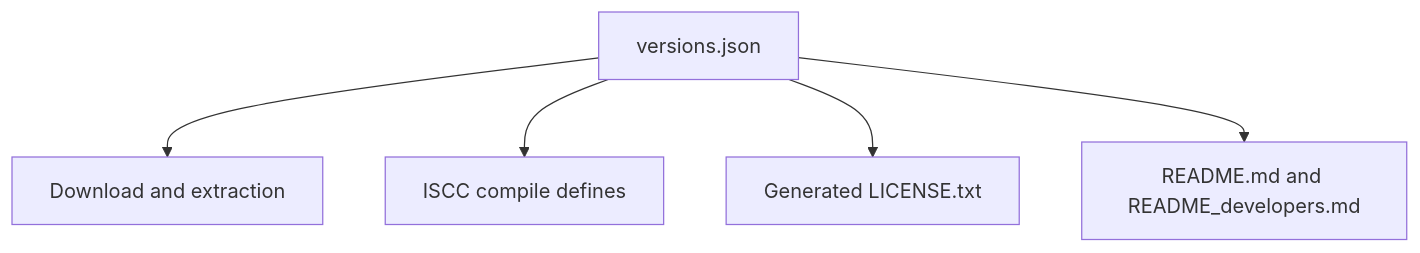
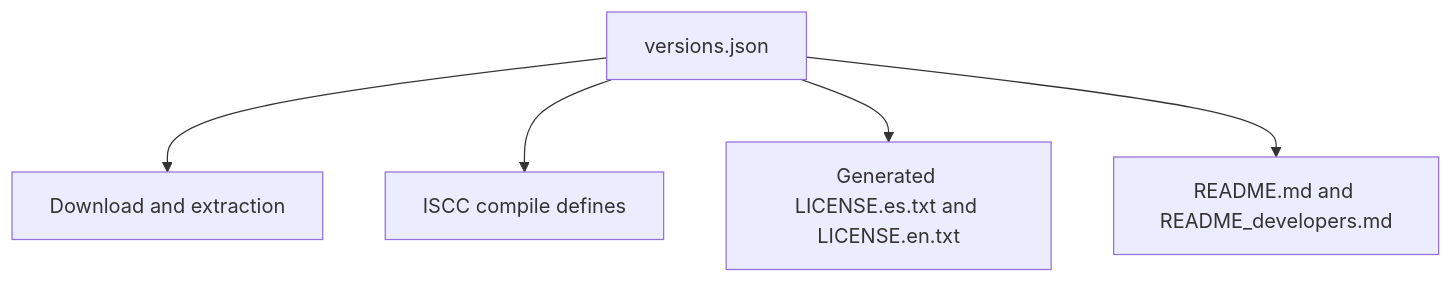
One commit to Adarve999/DataForge changed the second of 6 diagrams in docs/ARCHITECTURE.md. Above: the diagram before and after it, drawn with Mermaid. The commit also changed other lines of this file and 8 other files, not shown here.

````diff
--- a/docs/ARCHITECTURE.md
+++ b/docs/ARCHITECTURE.md
@@ -45,7 +45,7 @@
 ```mermaid
 flowchart TD
     config["versions.json"] --> download["Download and extraction"]
     config --> defines["ISCC compile defines"]
-    config --> licenseFile["Generated LICENSE.txt"]
+    config --> licenseFile["Generated LICENSE.es.txt and LICENSE.en.txt"]
     config --> readmes["README.md and README_developers.md"]
 ```
````
